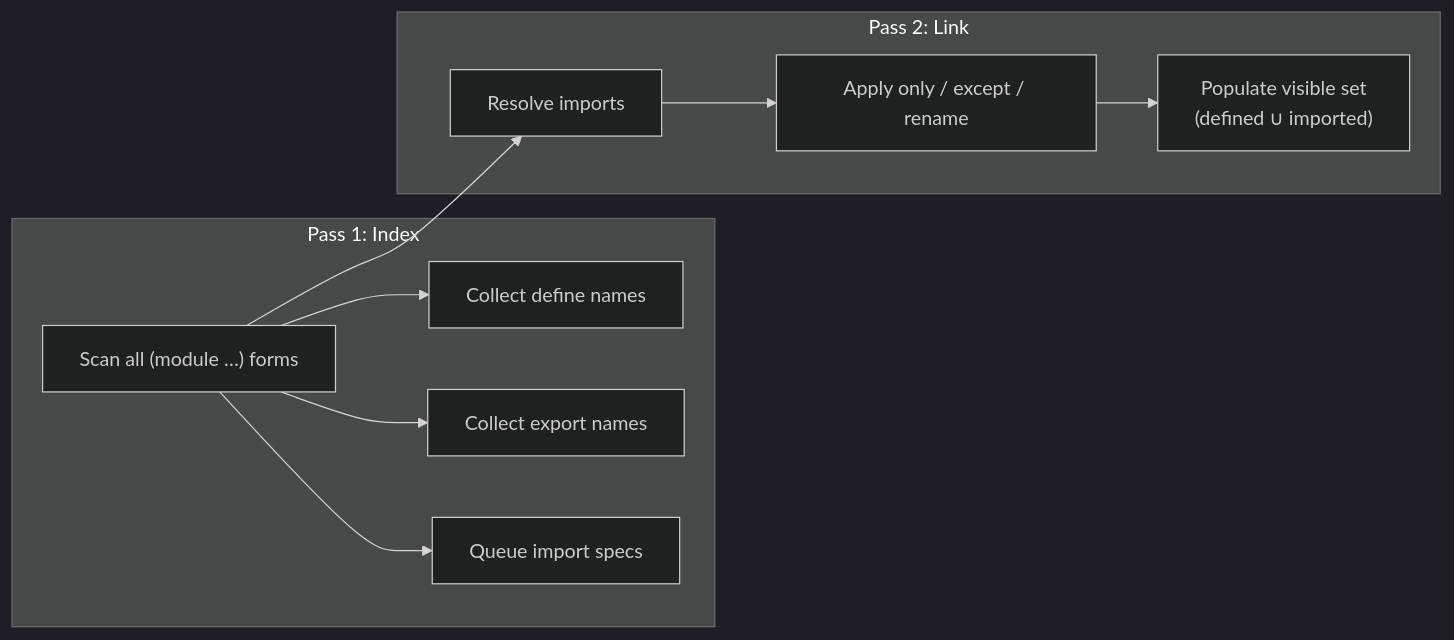
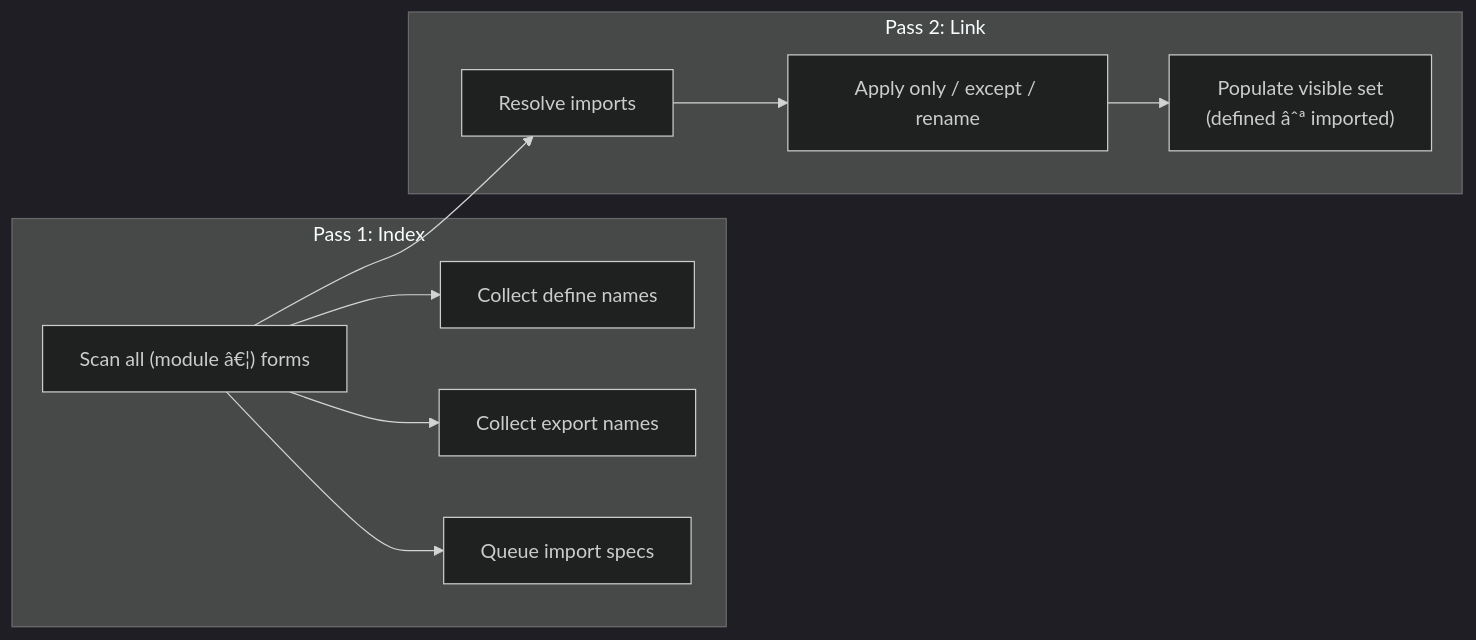
The first of 2 diagrams in docs/modules.md (lewismj/eta), drawn with Mermaid (dark theme) before and after one commit. The commit also changed other lines of this file and 19 other files, not shown here.

````diff
--- a/docs/modules.md
+++ b/docs/modules.md
@@ -55,17 +55,17 @@
 ```mermaid
 flowchart LR
     subgraph "Pass 1: Index"
-        SCAN["Scan all (module …) forms"]
+        SCAN["Scan all (module â€¦) forms"]
         SCAN --> DEF["Collect define names"]
         SCAN --> EXP["Collect export names"]
         SCAN --> IMP["Queue import specs"]
     end
 
     subgraph "Pass 2: Link"
         RES["Resolve imports"]
         RES --> FILT["Apply only / except / rename"]
-        FILT --> VIS["Populate visible set\n(defined ∪ imported)"]
+        FILT --> VIS["Populate visible set\n(defined âˆª imported)"]
     end
 
     SCAN --> RES
 ```
````
